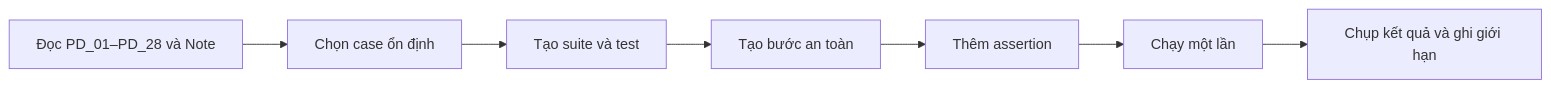
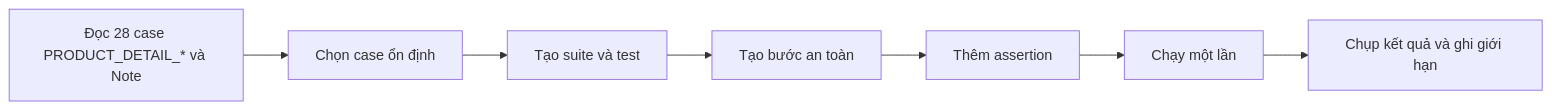
One commit to 22130243VoDaiThanhTai/CellphoneS_SoftwareTesting_Group15 changed the diagram in automation-plan/automation-plan.md. Above: the diagram before and after it, drawn with Mermaid. The commit also changed other lines of this file and 1 other file, not shown here.

Commit message:
Đổi mã test case trang chi tiết sản phẩm theo quy ước và cập nhật kế hoạch tự động hóa

````diff
--- a/automation-plan/automation-plan.md
+++ b/automation-plan/automation-plan.md
@@ -106,9 +106,9 @@
 ```mermaid
 flowchart LR
-    A[Đọc PD_01–PD_28 và Note] --> B[Chọn case ổn định]
+    A[Đọc 28 case PRODUCT_DETAIL_* và Note] --> B[Chọn case ổn định]
     B --> C[Tạo suite và test]
     C --> D[Tạo bước an toàn]
     D --> E[Thêm assertion]
     E --> F[Chạy một lần]
     F --> G[Chụp kết quả và ghi giới hạn]
 ```
````
